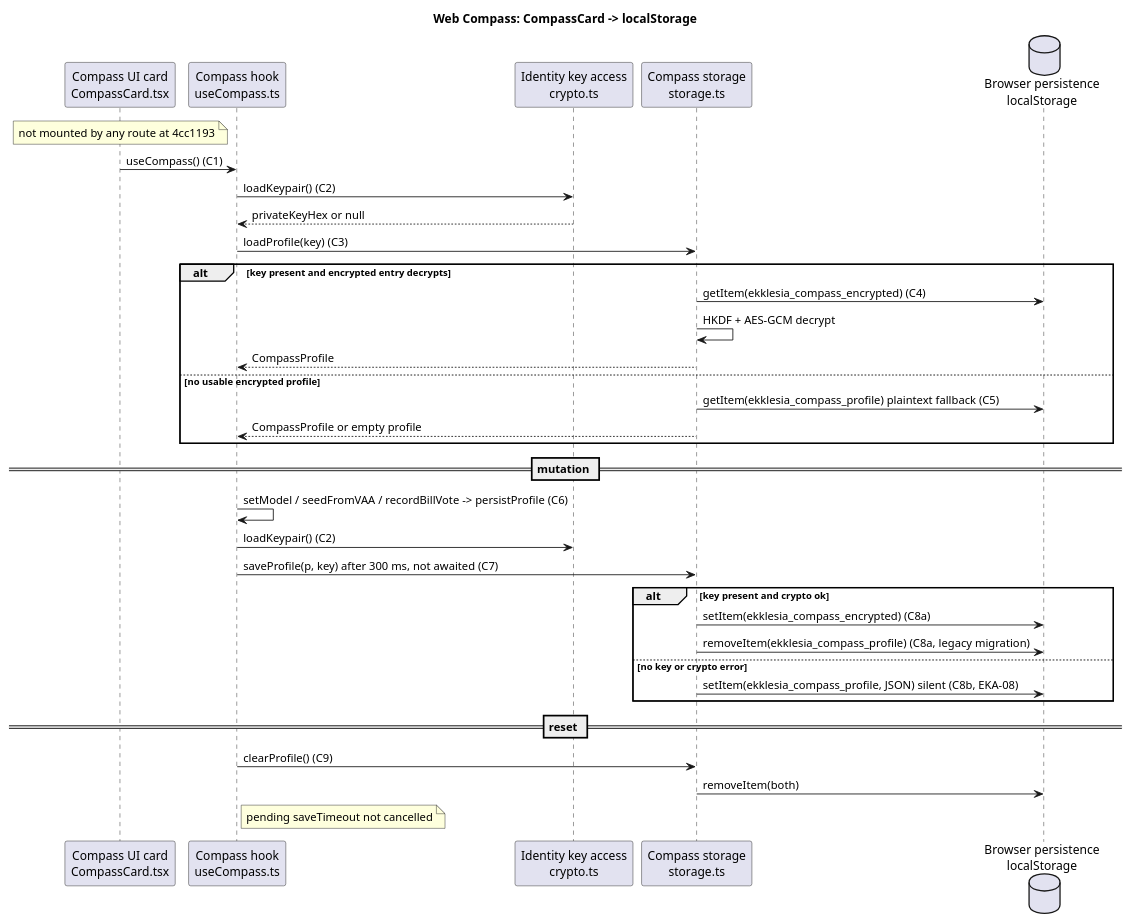
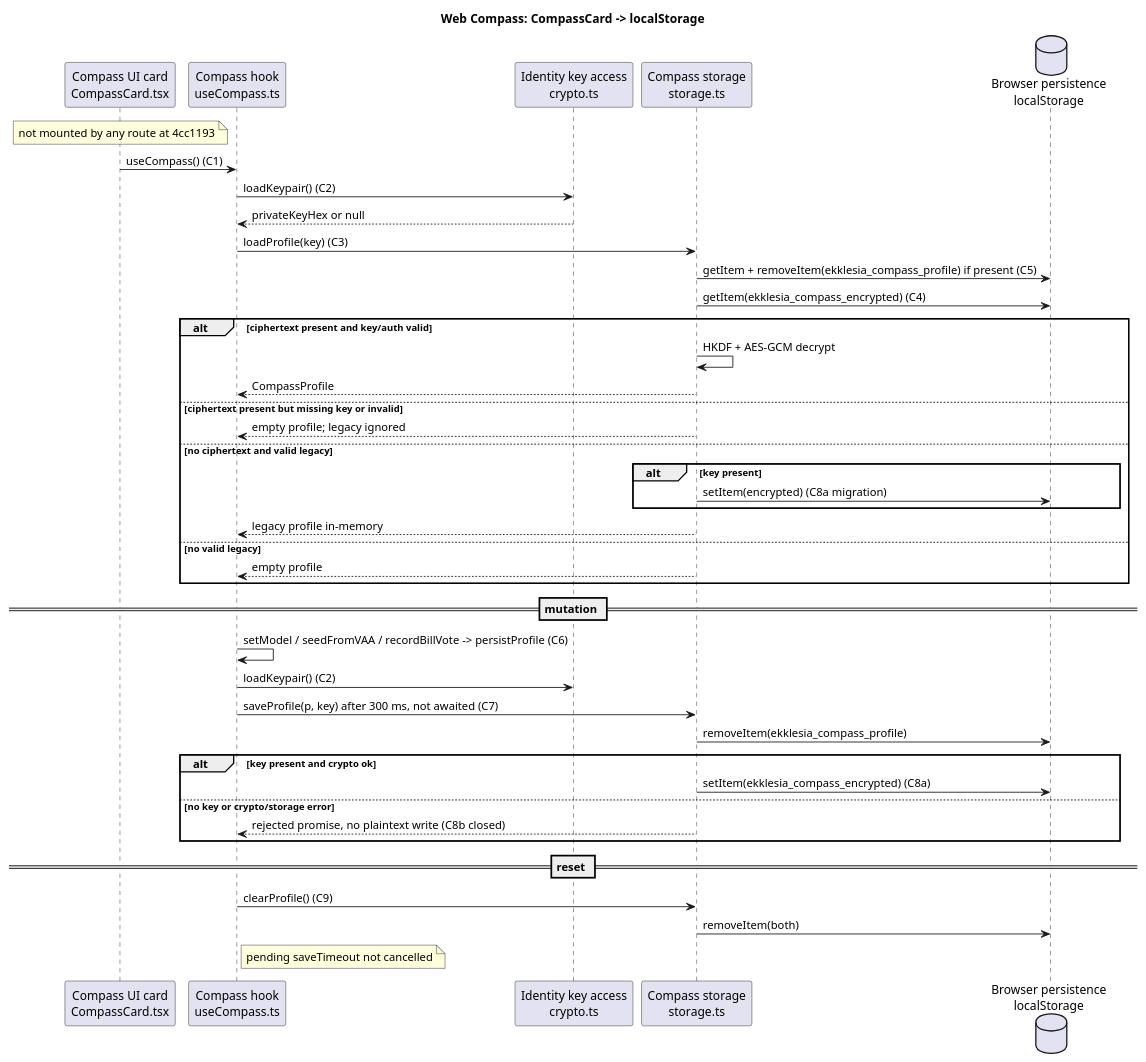
One commit to NeaBouli/pnyx changed the second of 2 diagrams in docs/architecture/main-path.puml. Above: the diagram before and after it, drawn with PlantUML. The commit also changed 2 other files, not shown here.

Commit message:
docs(architecture): record EKA-08 fail-closed state (T-488)

```diff
--- a/docs/architecture/main-path.puml
+++ b/docs/architecture/main-path.puml
@@ -39,40 +39,47 @@
 @startuml
-' EKA-08 main path — built behaviour at base 4cc1193 (no fix simulated); EKA-18 sequence above unchanged
+' EKA-08 main path — current behaviour after T-488; EKA-18 sequence above unchanged
 title Web Compass: CompassCard -> localStorage
 
 participant "Compass UI card\nCompassCard.tsx" as CARD
 participant "Compass hook\nuseCompass.ts" as HOOK
 participant "Identity key access\ncrypto.ts" as KEYS
 participant "Compass storage\nstorage.ts" as STORE
 database "Browser persistence\nlocalStorage" as LS
 
 note over CARD : not mounted by any route at 4cc1193
 CARD -> HOOK : useCompass() (C1)
 HOOK -> KEYS : loadKeypair() (C2)
 KEYS --> HOOK : privateKeyHex or null
 HOOK -> STORE : loadProfile(key) (C3)
-alt key present and encrypted entry decrypts
-  STORE -> LS : getItem(ekklesia_compass_encrypted) (C4)
+STORE -> LS : getItem + removeItem(ekklesia_compass_profile) if present (C5)
+STORE -> LS : getItem(ekklesia_compass_encrypted) (C4)
+alt ciphertext present and key/auth valid
   STORE -> STORE : HKDF + AES-GCM decrypt
   STORE --> HOOK : CompassProfile
-else no usable encrypted profile
-  STORE -> LS : getItem(ekklesia_compass_profile) plaintext fallback (C5)
-  STORE --> HOOK : CompassProfile or empty profile
+else ciphertext present but missing key or invalid
+  STORE --> HOOK : empty profile; legacy ignored
+else no ciphertext and valid legacy
+  alt key present
+    STORE -> LS : setItem(encrypted) (C8a migration)
+  end
+  STORE --> HOOK : legacy profile in-memory
+else no valid legacy
+  STORE --> HOOK : empty profile
 end
 
 == mutation ==
 HOOK -> HOOK : setModel / seedFromVAA / recordBillVote -> persistProfile (C6)
 HOOK -> KEYS : loadKeypair() (C2)
 HOOK -> STORE : saveProfile(p, key) after 300 ms, not awaited (C7)
+STORE -> LS : removeItem(ekklesia_compass_profile)
 alt key present and crypto ok
   STORE -> LS : setItem(ekklesia_compass_encrypted) (C8a)
-  STORE -> LS : removeItem(ekklesia_compass_profile) (C8a, legacy migration)
-else no key or crypto error
-  STORE -> LS : setItem(ekklesia_compass_profile, JSON) silent (C8b, EKA-08)
+else no key or crypto/storage error
+  STORE --> HOOK : rejected promise, no plaintext write (C8b closed)
 end
 
 == reset ==
 HOOK -> STORE : clearProfile() (C9)
 STORE -> LS : removeItem(both)
 note right of HOOK : pending saveTimeout not cancelled
 @enduml
```
